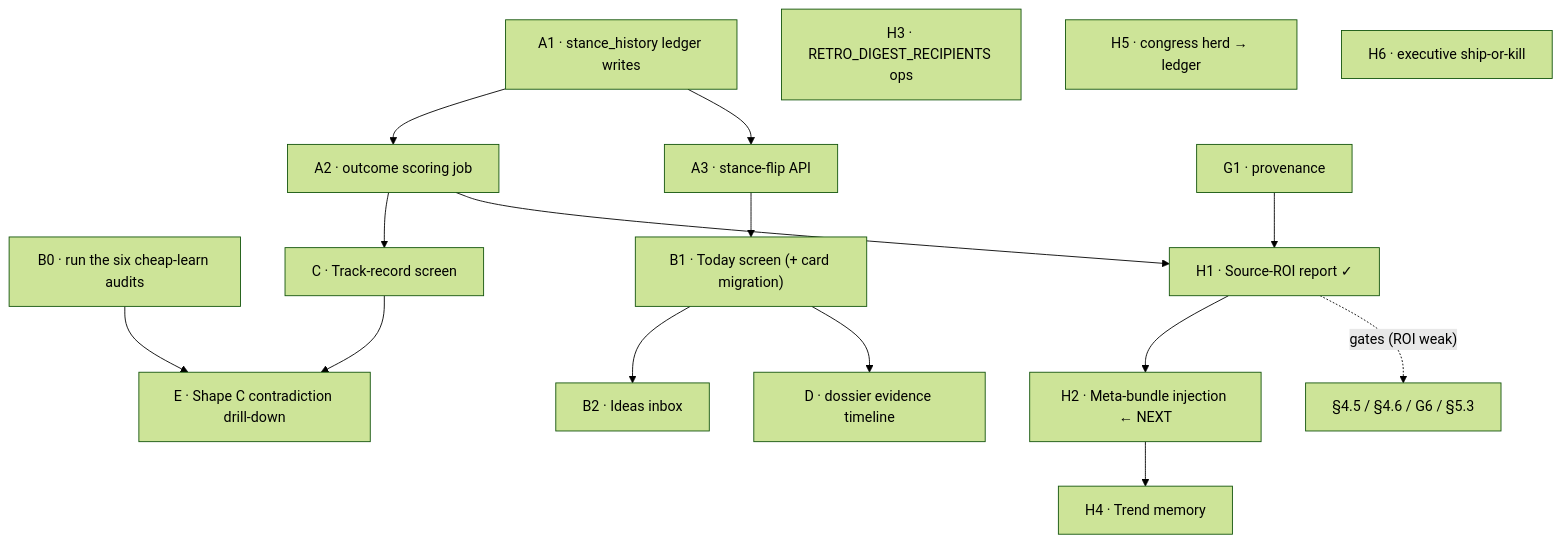
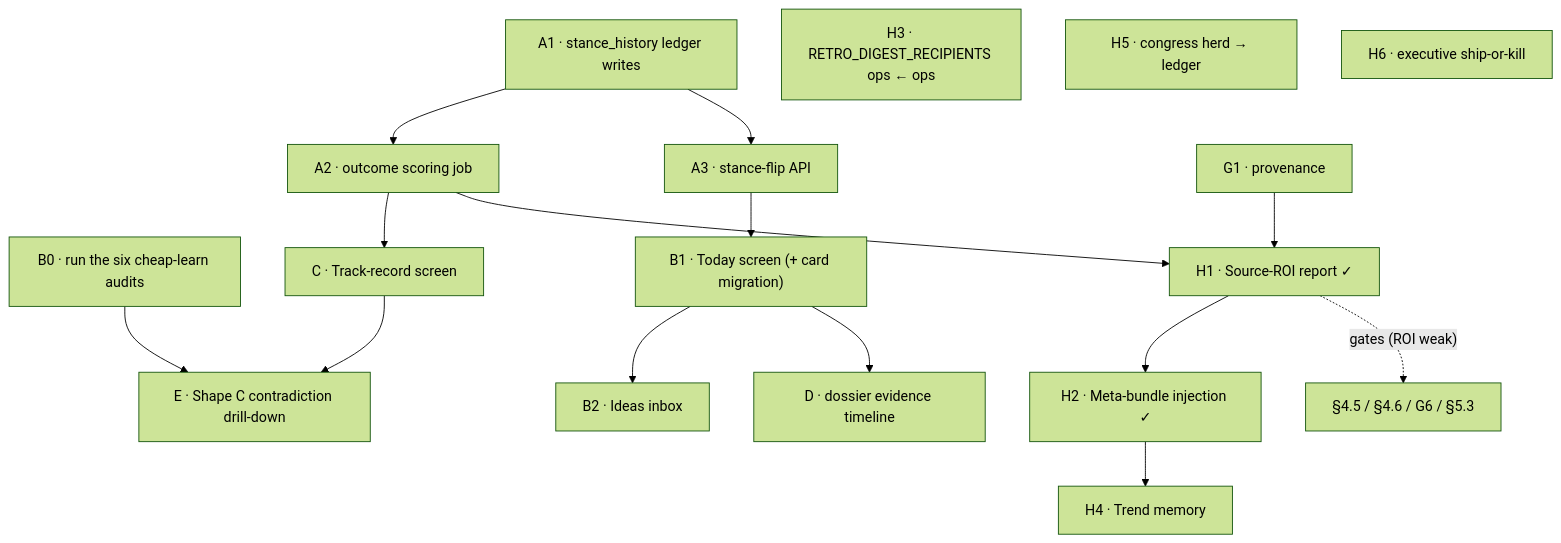
One commit to CreamyG31337/Portfolio-AI changed the second of 2 diagrams in docs/ROADMAP.md. Above: the diagram before and after it, drawn with Mermaid (forest theme). The commit also changed other lines of this file and 7 other files, not shown here.

````diff
--- a/docs/ROADMAP.md
+++ b/docs/ROADMAP.md
@@ -599,19 +599,19 @@
 ```mermaid
 flowchart TD
     A1["A1 · stance_history ledger writes"] --> A2["A2 · outcome scoring job"]
     A1 --> A3["A3 · stance-flip API"]
     B0["B0 · run the six cheap-learn audits"] --> E1["E · Shape C contradiction drill-down"]
     A3 --> B1["B1 · Today screen (+ card migration)"]
     B1 --> B2["B2 · Ideas inbox"]
     A2 --> C1["C · Track-record screen"]
     B1 --> D1["D · dossier evidence timeline"]
     C1 --> E1
     G1["G1 · provenance"] --> H1["H1 · Source-ROI report ✓"]
     A2 --> H1
-    H1 --> H2["H2 · Meta-bundle injection ← NEXT"]
+    H1 --> H2["H2 · Meta-bundle injection ✓"]
     H1 -.->|"gates (ROI weak)"| F56["§4.5 / §4.6 / G6 / §5.3"]
-    H3["H3 · RETRO_DIGEST_RECIPIENTS ops"]
+    H3["H3 · RETRO_DIGEST_RECIPIENTS ops ← ops"]
     H2 --> H4["H4 · Trend memory"]
     H5["H5 · congress herd → ledger"]
     H6["H6 · executive ship-or-kill"]
 ```
````
